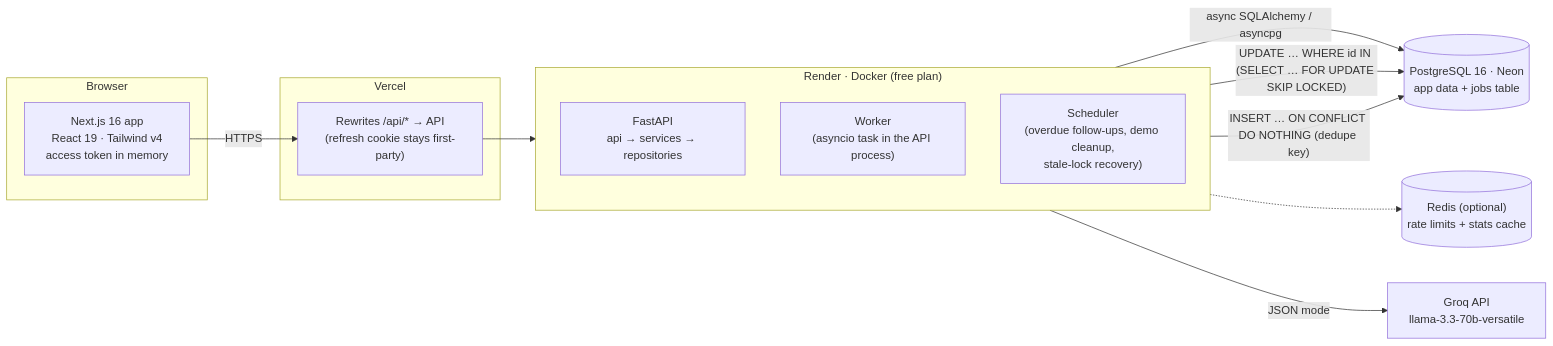
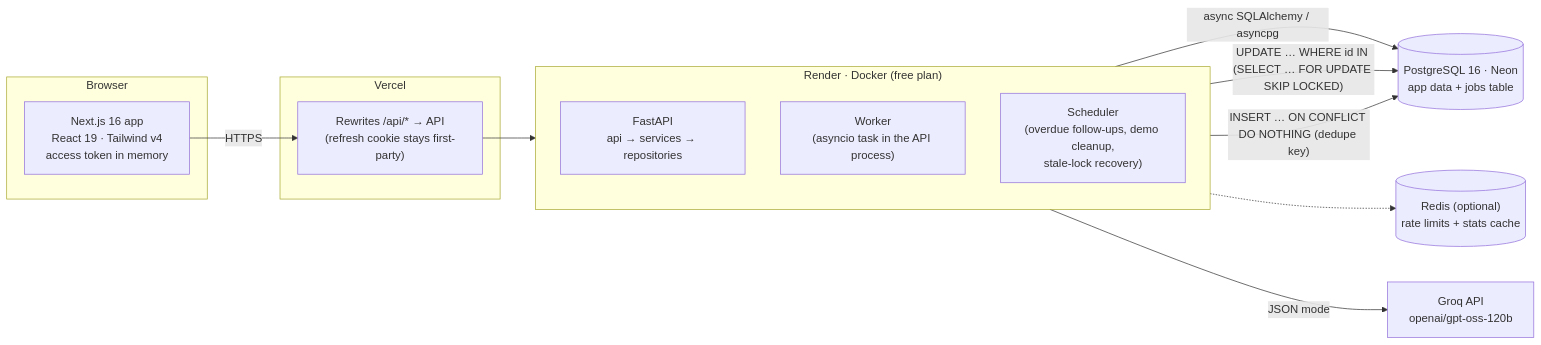
Before and after one commit to karimulislambd/ai-job-tracker: the first of 3 diagrams in README.md, drawn with Mermaid. The commit also changed other lines of this file and 5 other files, not shown here.

First line of the commit message:
Switch Groq model to openai/gpt-oss-120b

````diff
--- a/README.md
+++ b/README.md
@@ -90,25 +90,25 @@
 ```mermaid
 flowchart LR
   subgraph Browser
     UI["Next.js 16 app<br/>React 19 · Tailwind v4<br/>access token in memory"]
   end
   subgraph Vercel
     RW["Rewrites /api/* → API<br/>(refresh cookie stays first-party)"]
   end
   subgraph Render["Render · Docker (free plan)"]
     direction TB
     API["FastAPI<br/>api → services → repositories"]
     W["Worker<br/>(asyncio task in the API process)"]
     S["Scheduler<br/>(overdue follow-ups, demo cleanup,<br/>stale-lock recovery)"]
   end
   DB[("PostgreSQL 16 · Neon<br/>app data + jobs table")]
   RD[("Redis (optional)<br/>rate limits + stats cache")]
-  G["Groq API<br/>llama-3.3-70b-versatile"]
+  G["Groq API<br/>openai/gpt-oss-120b"]
 
   UI -->|HTTPS| RW --> API
   API -->|async SQLAlchemy / asyncpg| DB
   API -.-> RD
   W -->|"UPDATE … WHERE id IN (SELECT … FOR UPDATE SKIP LOCKED)"| DB
   S -->|"INSERT … ON CONFLICT DO NOTHING (dedupe key)"| DB
   W -->|JSON mode| G
 ```
````
